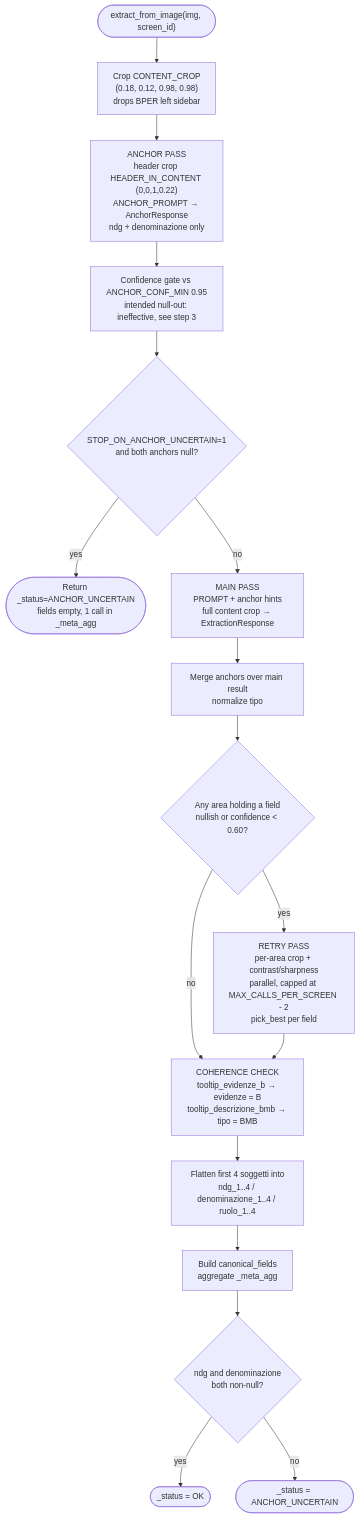
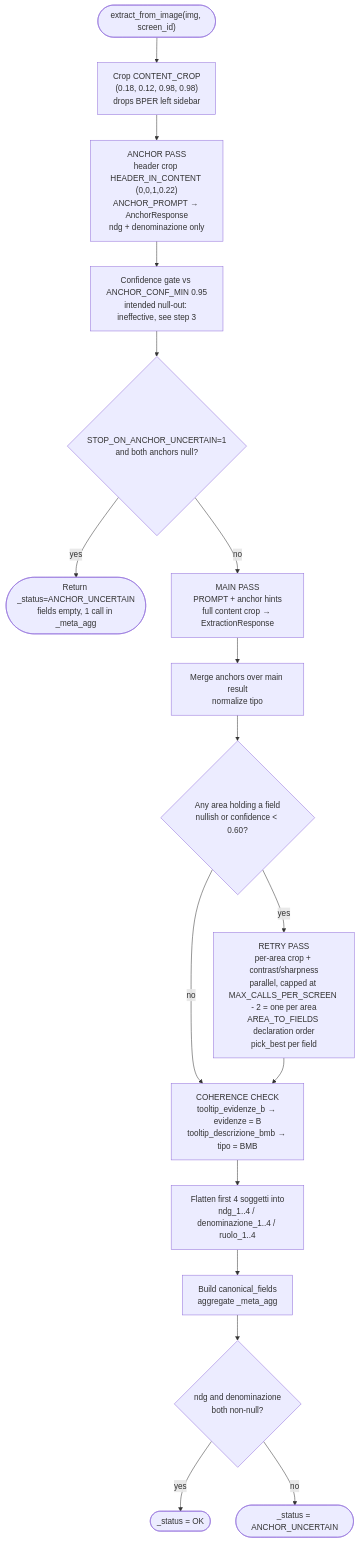
One commit to acaprino/MOL-BPER-OCR changed the first of 7 diagrams in .codebase-map/05-workflows.md. Above: the diagram before and after it, drawn with Mermaid. The commit also changed other lines of this file and 31 other files, not shown here.

````diff
--- a/.codebase-map/05-workflows.md
+++ b/.codebase-map/05-workflows.md
@@ -15,19 +15,19 @@
 ```mermaid
 flowchart TD
     Start(["extract_from_image(img, screen_id)"]) --> Crop["Crop CONTENT_CROP<br/>(0.18, 0.12, 0.98, 0.98)<br/>drops BPER left sidebar"]
     Crop --> Anchor["ANCHOR PASS<br/>header crop HEADER_IN_CONTENT (0,0,1,0.22)<br/>ANCHOR_PROMPT → AnchorResponse<br/>ndg + denominazione only"]
     Anchor --> Gate["Confidence gate vs ANCHOR_CONF_MIN 0.95<br/>intended null-out: ineffective, see step 3"]
     Gate --> StopCheck{"STOP_ON_ANCHOR_UNCERTAIN=1<br/>and both anchors null?"}
     StopCheck -->|yes| EarlyExit(["Return _status=ANCHOR_UNCERTAIN<br/>fields empty, 1 call in _meta_agg"])
     StopCheck -->|no| Main["MAIN PASS<br/>PROMPT + anchor hints<br/>full content crop → ExtractionResponse"]
     Main --> Merge["Merge anchors over main result<br/>normalize tipo"]
     Merge --> RetryCheck{"Any area holding a field<br/>nullish or confidence < 0.60?"}
     RetryCheck -->|no| Coherence
-    RetryCheck -->|yes| Retry["RETRY PASS<br/>per-area crop + contrast/sharpness<br/>parallel, capped at MAX_CALLS_PER_SCREEN - 2<br/>pick_best per field"]
+    RetryCheck -->|yes| Retry["RETRY PASS<br/>per-area crop + contrast/sharpness<br/>parallel, capped at MAX_CALLS_PER_SCREEN - 2 = one per area<br/>AREA_TO_FIELDS declaration order<br/>pick_best per field"]
     Retry --> Coherence["COHERENCE CHECK<br/>tooltip_evidenze_b → evidenze = B<br/>tooltip_descrizione_bmb → tipo = BMB"]
     Coherence --> Flatten["Flatten first 4 soggetti into<br/>ndg_1..4 / denominazione_1..4 / ruolo_1..4"]
     Flatten --> Canonical["Build canonical_fields<br/>aggregate _meta_agg"]
     Canonical --> Status{"ndg and denominazione<br/>both non-null?"}
     Status -->|yes| OK(["_status = OK"])
     Status -->|no| Uncertain(["_status = ANCHOR_UNCERTAIN"])
 ```
````
